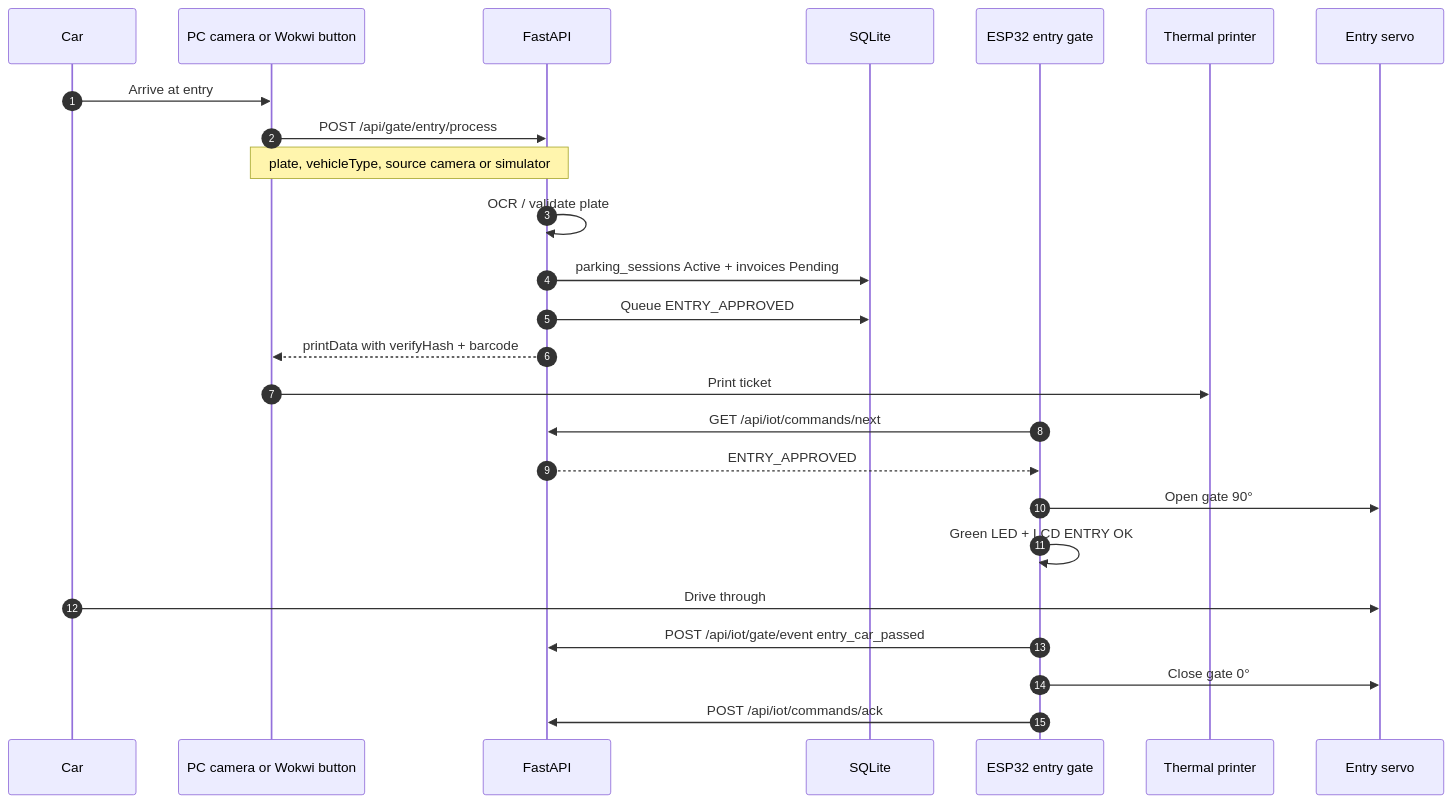
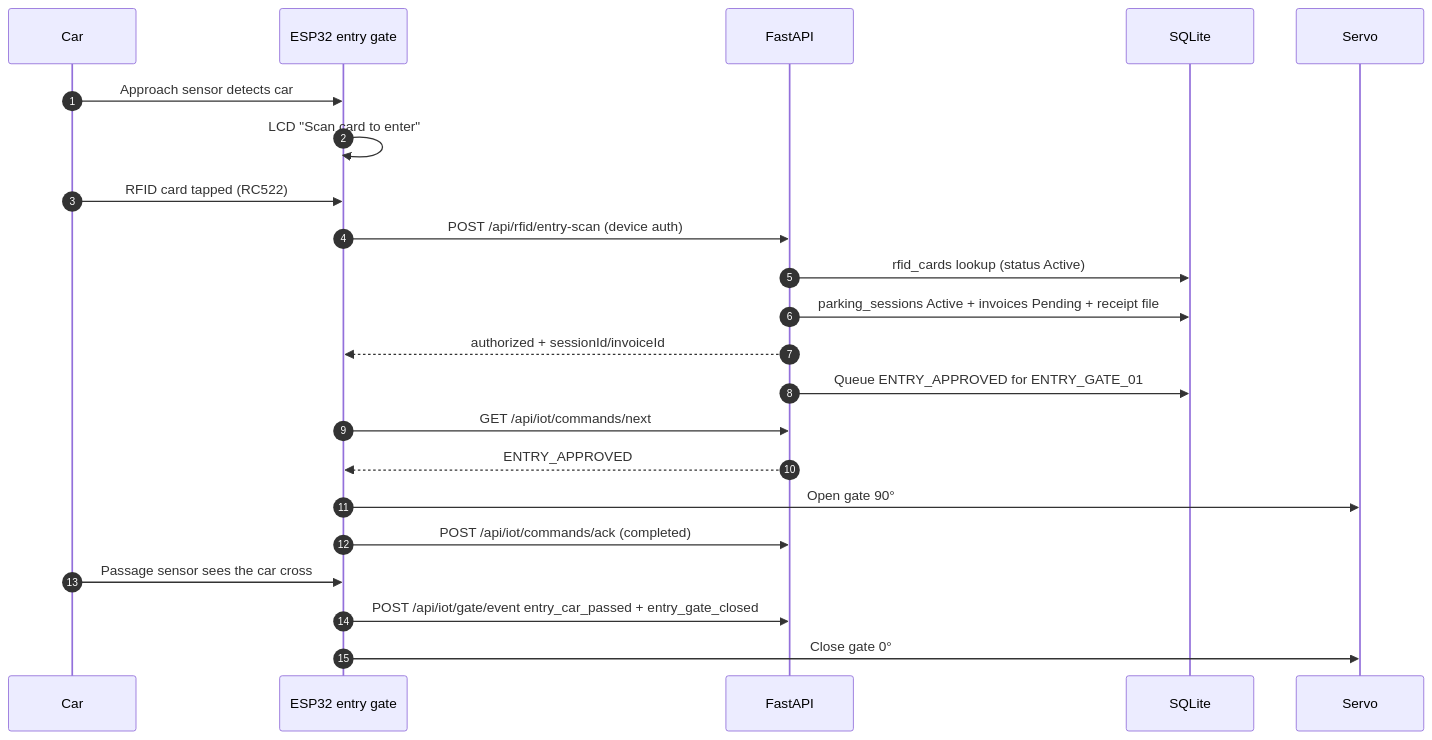
Before and after one commit to Kimheang-code-IT/IOT-Parking-system: the second of 4 diagrams in README.md, drawn with Mermaid. The commit also changed other lines of this file and 125 other files, not shown here.

First line of the commit message:
Add RFID gate stack, PostgreSQL Docker infrastructure, and tests

````diff
--- a/README.md
+++ b/README.md
@@ -347,31 +163,25 @@
 ```mermaid
 sequenceDiagram
     autonumber
     participant Car
-    participant Cam as PC camera or Wokwi button
+    participant ESP as ESP32 entry gate
     participant API as FastAPI
     participant DB as SQLite
-    participant ESP as ESP32 entry gate
-    participant Prt as Thermal printer
-    participant S as Entry servo
+    participant S as Servo
 
-    Car->>Cam: Arrive at entry
-    Cam->>API: POST /api/gate/entry/process
-    Note over Cam,API: plate, vehicleType, source camera or simulator
-
-    API->>API: OCR / validate plate
-    API->>DB: parking_sessions Active + invoices Pending
-    API->>DB: Queue ENTRY_APPROVED
-    API-->>Cam: printData with verifyHash + barcode
-
-    Cam->>Prt: Print ticket
+    Car->>ESP: Approach sensor detects car
+    ESP->>ESP: LCD "Scan card to enter"
+    Car->>ESP: RFID card tapped (RC522)
+    ESP->>API: POST /api/rfid/entry-scan (device auth)
+    API->>DB: rfid_cards lookup (status Active)
+    API->>DB: parking_sessions Active + invoices Pending + receipt file
+    API-->>ESP: authorized + sessionId/invoiceId
+    API->>DB: Queue ENTRY_APPROVED for ENTRY_GATE_01
     ESP->>API: GET /api/iot/commands/next
     API-->>ESP: ENTRY_APPROVED
     ESP->>S: Open gate 90°
-    ESP->>ESP: Green LED + LCD ENTRY OK
-
-    Car->>S: Drive through
-    ESP->>API: POST /api/iot/gate/event entry_car_passed
+    ESP->>API: POST /api/iot/commands/ack (completed)
+    Car->>ESP: Passage sensor sees the car cross
+    ESP->>API: POST /api/iot/gate/event entry_car_passed + entry_gate_closed
     ESP->>S: Close gate 0°
-    ESP->>API: POST /api/iot/commands/ack
 ```
````
